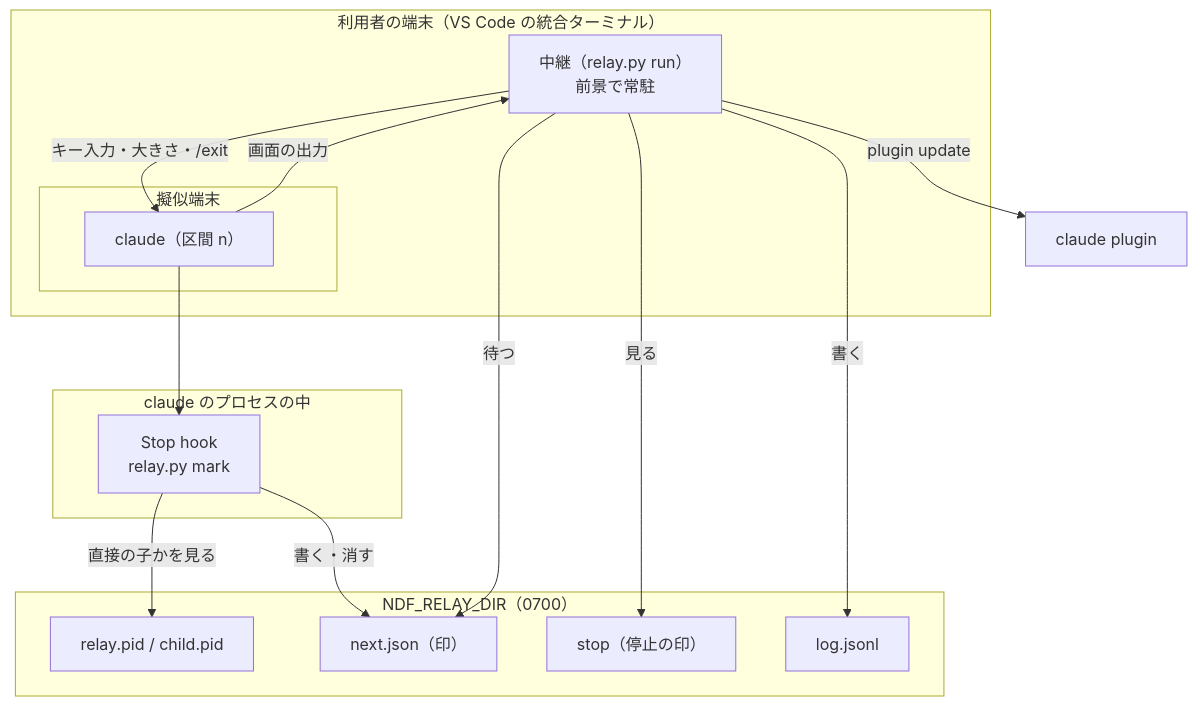
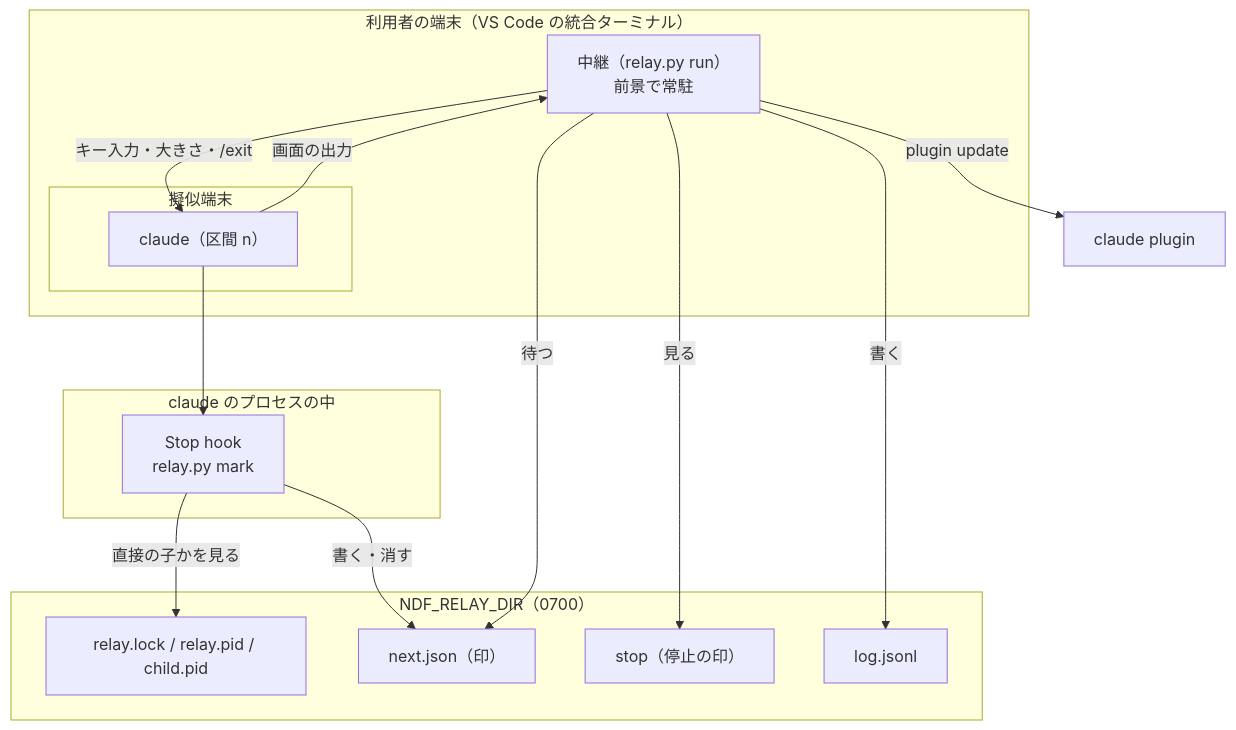
Before and after one commit to devbasex/ai-plugins: the first of 3 diagrams in issues/issue-895-design.md, drawn with Mermaid. The commit also changed other lines of this file, not shown here.

````diff
--- a/issues/issue-895-design.md
+++ b/issues/issue-895-design.md
@@ -97,27 +97,27 @@
 ```mermaid
 graph TB
     subgraph term["利用者の端末（VS Code の統合ターミナル）"]
         R["中継（relay.py run）<br/>前景で常駐"]
         subgraph pty["擬似端末"]
             C["claude（区間 n）"]
         end
     end
     subgraph claude["claude のプロセスの中"]
         H["Stop hook<br/>relay.py mark"]
     end
     subgraph state["NDF_RELAY_DIR（0700）"]
-        P[relay.pid / child.pid]
+        P[relay.lock / relay.pid / child.pid]
         M[next.json（印）]
         S[stop（停止の印）]
         L[log.jsonl]
     end
     R -->|キー入力・大きさ・/exit| C
     C -->|画面の出力| R
     C --> H
     H -->|書く・消す| M
     H -->|直接の子かを見る| P
     R -->|待つ| M
     R -->|見る| S
     R -->|書く| L
     R -->|plugin update| CP[claude plugin]
 ```
````
